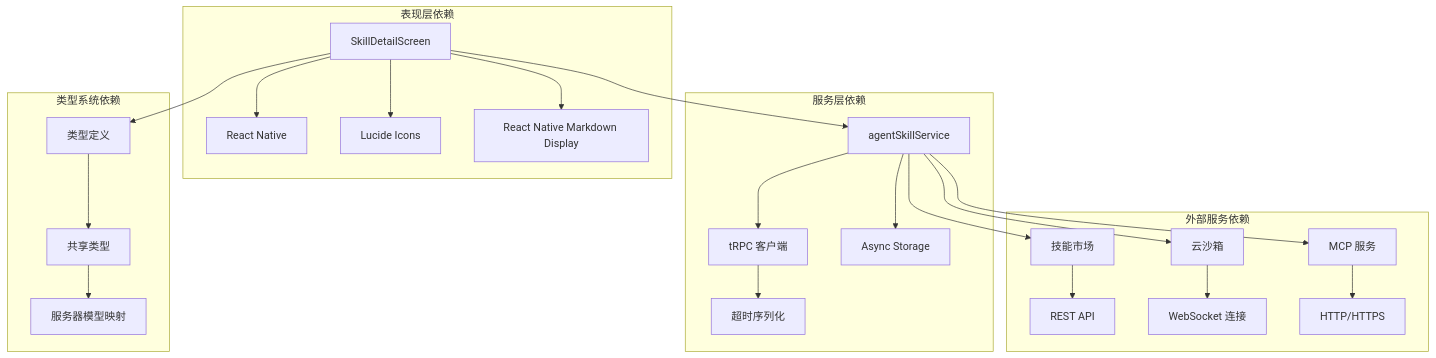
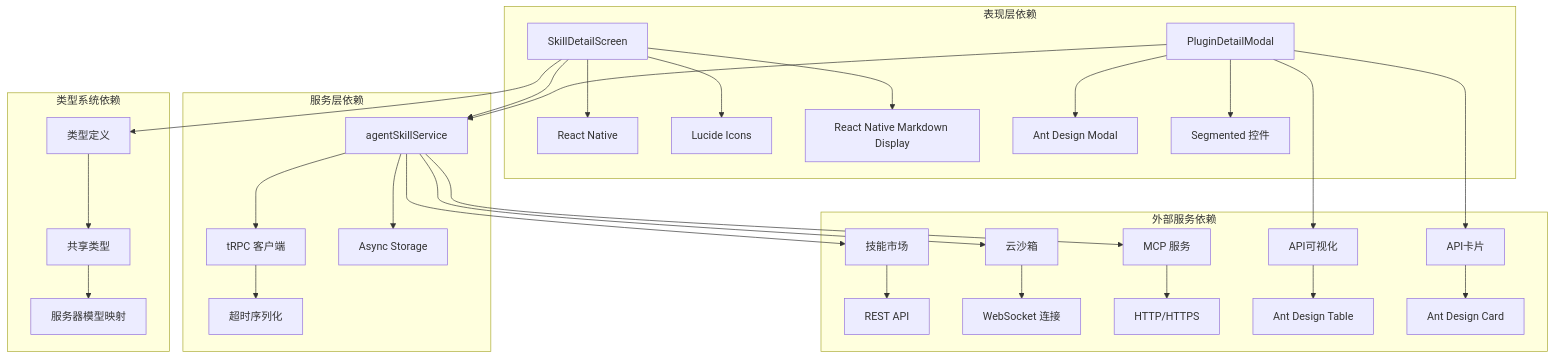
One commit to AvatoLabs/avato changed diagram 14 of 16 in .qoder/repowiki/zh/content/核心功能模块/技能管理系统/技能详情屏幕.md. Above: the diagram before and after it, drawn with Mermaid. The commit also changed other lines of this file and 158 other files, not shown here.

````diff
--- a/.qoder/repowiki/zh/content/核心功能模块/技能管理系统/技能详情屏幕.md
+++ b/.qoder/repowiki/zh/content/核心功能模块/技能管理系统/技能详情屏幕.md
@@ -488,27 +627,34 @@
 ```mermaid
 graph TD
 subgraph "表现层依赖"
 A[SkillDetailScreen] --> B[React Native]
 A --> C[Lucide Icons]
 A --> D[React Native Markdown Display]
+E[PluginDetailModal] --> F[Ant Design Modal]
+E --> G[Segmented 控件]
 end
 subgraph "服务层依赖"
-E[agentSkillService] --> F[tRPC 客户端]
-E --> G[Async Storage]
-F --> H[超时序列化]
+H[agentSkillService] --> I[tRPC 客户端]
+H --> J[Async Storage]
+I --> K[超时序列化]
 end
 subgraph "类型系统依赖"
-I[类型定义] --> J[共享类型]
-J --> K[服务器模型映射]
+L[类型定义] --> M[共享类型]
+M --> N[服务器模型映射]
 end
 subgraph "外部服务依赖"
-L[技能市场] --> M[REST API]
-N[云沙箱] --> O[WebSocket 连接]
-P[MCP 服务] --> Q[HTTP/HTTPS]
+O[技能市场] --> P[REST API]
+Q[云沙箱] --> R[WebSocket 连接]
+S[MCP 服务] --> T[HTTP/HTTPS]
+U[API可视化] --> V[Ant Design Table]
+W[API卡片] --> X[Ant Design Card]
 end
-A --> E
-A --> I
-E --> L
-E --> N
-E --> P
+A --> H
+A --> L
+E --> H
+E --> U
+E --> W
+H --> O
+H --> Q
+H --> S
 ```
````
